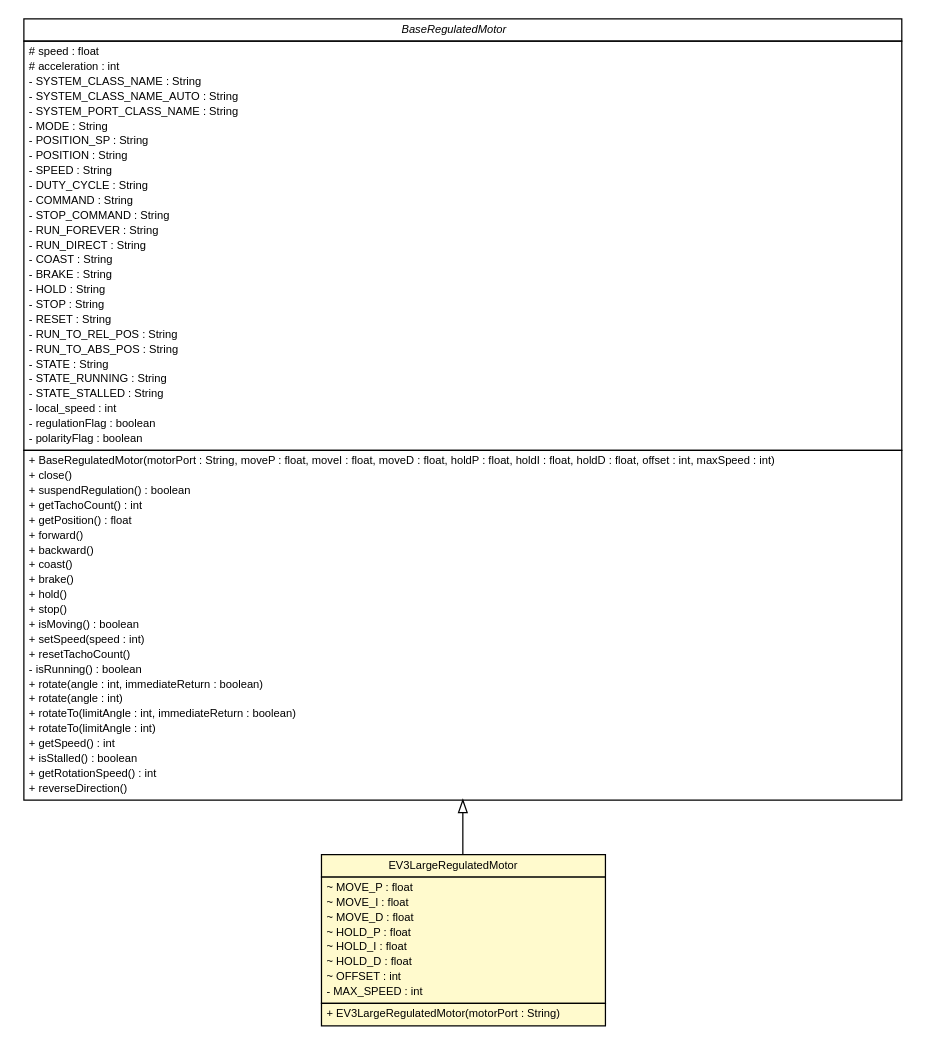
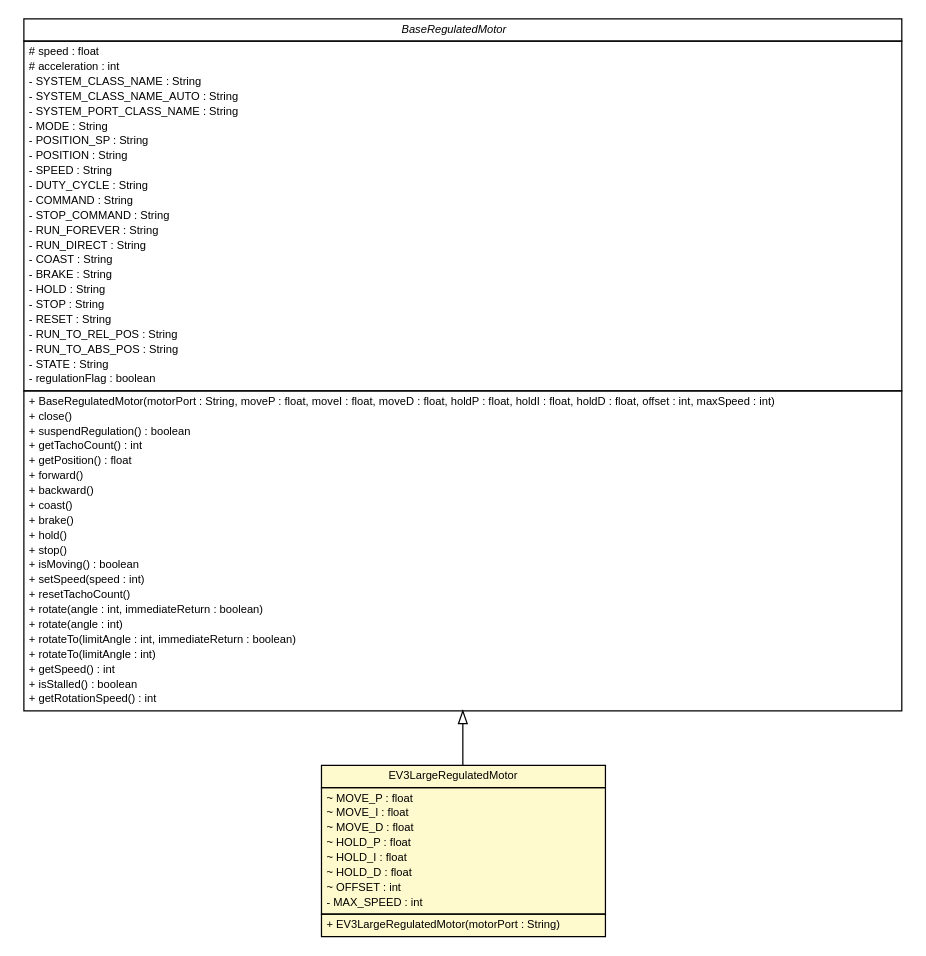
Before and after one commit to ev3dev-lang-java/ev3dev-lang-java: the diagram in docs/api/ev3dev/hardware/actuators/motors/EV3LargeRegulatedMotor.dot, drawn with Graphviz. The commit also changed 167 other files, not shown here.

```diff
--- a/docs/api/ev3dev/hardware/actuators/motors/EV3LargeRegulatedMotor.dot
+++ b/docs/api/ev3dev/hardware/actuators/motors/EV3LargeRegulatedMotor.dot
@@ -1,93 +1,87 @@
 #!/usr/local/bin/dot
 #
 # Class diagram 
 # Generated by UMLGraph version R5_6-24-gf6e263 (http://www.umlgraph.org/)
 #
 
 digraph G {
 	edge [fontname="Helvetica",fontsize=10,labelfontname="Helvetica",labelfontsize=10];
 	node [fontname="Helvetica",fontsize=10,shape=plaintext];
 	nodesep=0.25;
 	ranksep=0.5;
 	// ev3dev.hardware.actuators.motors.BaseRegulatedMotor
 	c3630 [label=<<table title="ev3dev.hardware.actuators.motors.BaseRegulatedMotor" border="0" cellborder="1" cellspacing="0" cellpadding="2" port="p" href="./BaseRegulatedMotor.html">
 		<tr><td><table border="0" cellspacing="0" cellpadding="1">
 <tr><td align="center" balign="center"><font face="Helvetica-Oblique"> BaseRegulatedMotor </font></td></tr>
 		</table></td></tr>
 		<tr><td><table border="0" cellspacing="0" cellpadding="1">
 <tr><td align="left" balign="left"> # speed : float </td></tr>
 <tr><td align="left" balign="left"> # acceleration : int </td></tr>
 <tr><td align="left" balign="left"> - SYSTEM_CLASS_NAME : String </td></tr>
 <tr><td align="left" balign="left"> - SYSTEM_CLASS_NAME_AUTO : String </td></tr>
 <tr><td align="left" balign="left"> - SYSTEM_PORT_CLASS_NAME : String </td></tr>
 <tr><td align="left" balign="left"> - MODE : String </td></tr>
 <tr><td align="left" balign="left"> - POSITION_SP : String </td></tr>
 <tr><td align="left" balign="left"> - POSITION : String </td></tr>
 <tr><td align="left" balign="left"> - SPEED : String </td></tr>
 <tr><td align="left" balign="left"> - DUTY_CYCLE : String </td></tr>
 <tr><td align="left" balign="left"> - COMMAND : String </td></tr>
 <tr><td align="left" balign="left"> - STOP_COMMAND : String </td></tr>
 <tr><td align="left" balign="left"> - RUN_FOREVER : String </td></tr>
 <tr><td align="left" balign="left"> - RUN_DIRECT : String </td></tr>
 <tr><td align="left" balign="left"> - COAST : String </td></tr>
 <tr><td align="left" balign="left"> - BRAKE : String </td></tr>
 <tr><td align="left" balign="left"> - HOLD : String </td></tr>
 <tr><td align="left" balign="left"> - STOP : String </td></tr>
 <tr><td align="left" balign="left"> - RESET : String </td></tr>
 <tr><td align="left" balign="left"> - RUN_TO_REL_POS : String </td></tr>
 <tr><td align="left" balign="left"> - RUN_TO_ABS_POS : String </td></tr>
 <tr><td align="left" balign="left"> - STATE : String </td></tr>
-<tr><td align="left" balign="left"> - STATE_RUNNING : String </td></tr>
-<tr><td align="left" balign="left"> - STATE_STALLED : String </td></tr>
-<tr><td align="left" balign="left"> - local_speed : int </td></tr>
 <tr><td align="left" balign="left"> - regulationFlag : boolean </td></tr>
-<tr><td align="left" balign="left"> - polarityFlag : boolean </td></tr>
 		</table></td></tr>
 		<tr><td><table border="0" cellspacing="0" cellpadding="1">
 <tr><td align="left" balign="left"> + BaseRegulatedMotor(motorPort : String, moveP : float, moveI : float, moveD : float, holdP : float, holdI : float, holdD : float, offset : int, maxSpeed : int) </td></tr>
 <tr><td align="left" balign="left"> + close() </td></tr>
 <tr><td align="left" balign="left"> + suspendRegulation() : boolean </td></tr>
 <tr><td align="left" balign="left"> + getTachoCount() : int </td></tr>
 <tr><td align="left" balign="left"> + getPosition() : float </td></tr>
 <tr><td align="left" balign="left"> + forward() </td></tr>
 <tr><td align="left" balign="left"> + backward() </td></tr>
 <tr><td align="left" balign="left"> + coast() </td></tr>
 <tr><td align="left" balign="left"> + brake() </td></tr>
 <tr><td align="left" balign="left"> + hold() </td></tr>
 <tr><td align="left" balign="left"> + stop() </td></tr>
 <tr><td align="left" balign="left"> + isMoving() : boolean </td></tr>
 <tr><td align="left" balign="left"> + setSpeed(speed : int) </td></tr>
 <tr><td align="left" balign="left"> + resetTachoCount() </td></tr>
-<tr><td align="left" balign="left"> - isRunning() : boolean </td></tr>
 <tr><td align="left" balign="left"> + rotate(angle : int, immediateReturn : boolean) </td></tr>
 <tr><td align="left" balign="left"> + rotate(angle : int) </td></tr>
 <tr><td align="left" balign="left"> + rotateTo(limitAngle : int, immediateReturn : boolean) </td></tr>
 <tr><td align="left" balign="left"> + rotateTo(limitAngle : int) </td></tr>
 <tr><td align="left" balign="left"> + getSpeed() : int </td></tr>
 <tr><td align="left" balign="left"> + isStalled() : boolean </td></tr>
 <tr><td align="left" balign="left"> + getRotationSpeed() : int </td></tr>
-<tr><td align="left" balign="left"> + reverseDirection() </td></tr>
 		</table></td></tr>
 		</table>>, URL="./BaseRegulatedMotor.html", fontname="Helvetica", fontcolor="black", fontsize=9.0];
 	// ev3dev.hardware.actuators.motors.EV3LargeRegulatedMotor
 	c3632 [label=<<table title="ev3dev.hardware.actuators.motors.EV3LargeRegulatedMotor" border="0" cellborder="1" cellspacing="0" cellpadding="2" port="p" bgcolor="lemonChiffon" href="./EV3LargeRegulatedMotor.html">
 		<tr><td><table border="0" cellspacing="0" cellpadding="1">
 <tr><td align="center" balign="center"> EV3LargeRegulatedMotor </td></tr>
 		</table></td></tr>
 		<tr><td><table border="0" cellspacing="0" cellpadding="1">
 <tr><td align="left" balign="left"> ~ MOVE_P : float </td></tr>
 <tr><td align="left" balign="left"> ~ MOVE_I : float </td></tr>
 <tr><td align="left" balign="left"> ~ MOVE_D : float </td></tr>
 <tr><td align="left" balign="left"> ~ HOLD_P : float </td></tr>
 <tr><td align="left" balign="left"> ~ HOLD_I : float </td></tr>
 <tr><td align="left" balign="left"> ~ HOLD_D : float </td></tr>
 <tr><td align="left" balign="left"> ~ OFFSET : int </td></tr>
 <tr><td align="left" balign="left"> - MAX_SPEED : int </td></tr>
 		</table></td></tr>
 		<tr><td><table border="0" cellspacing="0" cellpadding="1">
 <tr><td align="left" balign="left"> + EV3LargeRegulatedMotor(motorPort : String) </td></tr>
 		</table></td></tr>
 		</table>>, URL="./EV3LargeRegulatedMotor.html", fontname="Helvetica", fontcolor="black", fontsize=9.0];
 	//ev3dev.hardware.actuators.motors.EV3LargeRegulatedMotor extends ev3dev.hardware.actuators.motors.BaseRegulatedMotor
 	c3630:p -> c3632:p [dir=back,arrowtail=empty];
 }
```
